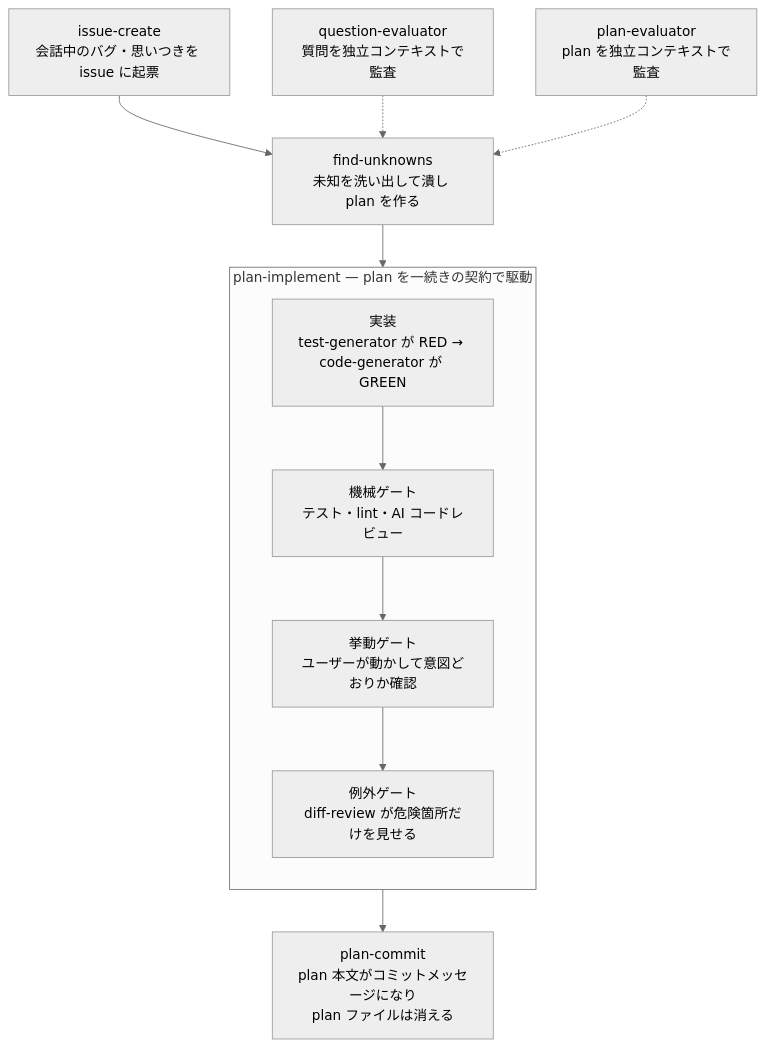
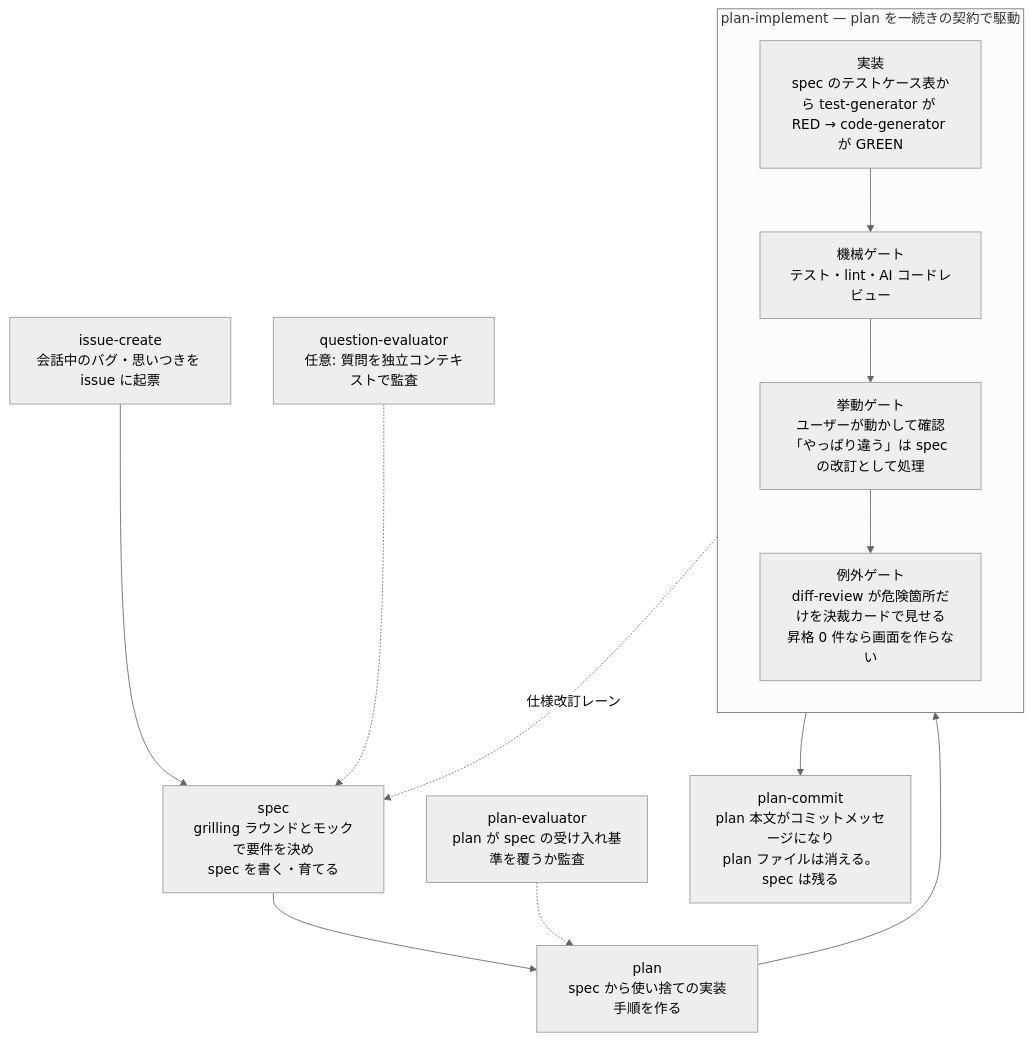
One commit to 4armsxlr8/agent-plugins changed the diagram in plugins/crystallize/README.md. Above: the diagram before and after it, drawn with Mermaid (neutral theme). The commit also changed other lines of this file and 8 other files, not shown here.

First line of the commit message:
chore(crystallize): v0.3.0 — spec / plan 分割とキット正本化を README・marketplace に反映

````diff
--- a/plugins/crystallize/README.md
+++ b/plugins/crystallize/README.md
@@ -15,15 +17,17 @@
 ```mermaid
 flowchart TD
-    I[issue-create<br>会話中のバグ・思いつきを issue に起票] --> F
-    F[find-unknowns<br>未知を洗い出して潰し plan を作る] --> P
-    Q[question-evaluator<br>質問を独立コンテキストで監査] -.-> F
-    PE[plan-evaluator<br>plan を独立コンテキストで監査] -.-> F
+    I[issue-create<br>会話中のバグ・思いつきを issue に起票] --> S
+    S[spec<br>grilling ラウンドとモックで要件を決め<br>spec を書く・育てる] --> PL
+    Q[question-evaluator<br>任意: 質問を独立コンテキストで監査] -.-> S
+    PL[plan<br>spec から使い捨ての実装手順を作る] --> P
+    PE[plan-evaluator<br>plan が spec の受け入れ基準を覆うか監査] -.-> PL
     subgraph P[plan-implement — plan を一続きの契約で駆動]
         direction TB
-        IM[実装<br>test-generator が RED → code-generator が GREEN] --> G1
+        IM[実装<br>spec のテストケース表から test-generator が RED → code-generator が GREEN] --> G1
         G1[機械ゲート<br>テスト・lint・AI コードレビュー] --> G2
-        G2[挙動ゲート<br>ユーザーが動かして意図どおりか確認] --> G3
-        G3[例外ゲート<br>diff-review が危険箇所だけを見せる]
+        G2[挙動ゲート<br>ユーザーが動かして確認<br>「やっぱり違う」は spec の改訂として処理] --> G3
+        G3[例外ゲート<br>diff-review が危険箇所だけを決裁カードで見せる<br>昇格 0 件なら画面を作らない]
     end
-    P --> C[plan-commit<br>plan 本文がコミットメッセージになり<br>plan ファイルは消える]
+    G2 -. 仕様改訂レーン .-> S
+    P --> C[plan-commit<br>plan 本文がコミットメッセージになり<br>plan ファイルは消える。spec は残る]
 ```
````
